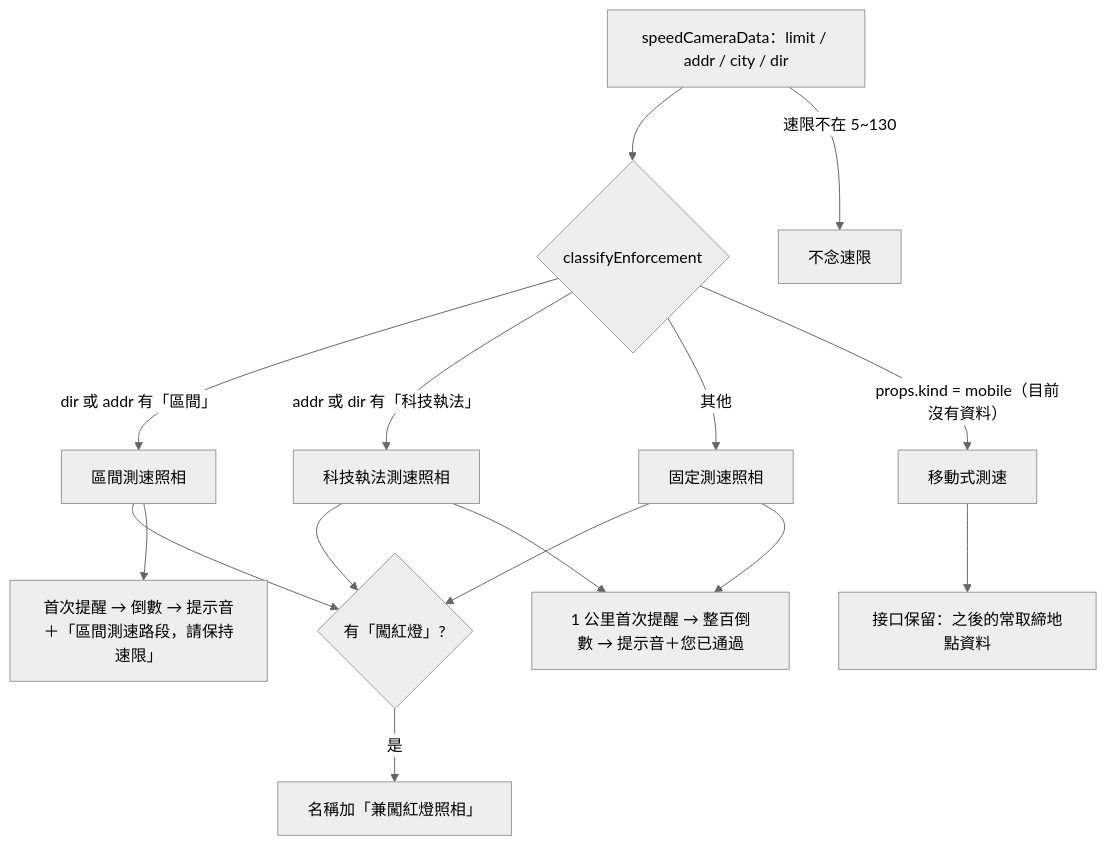
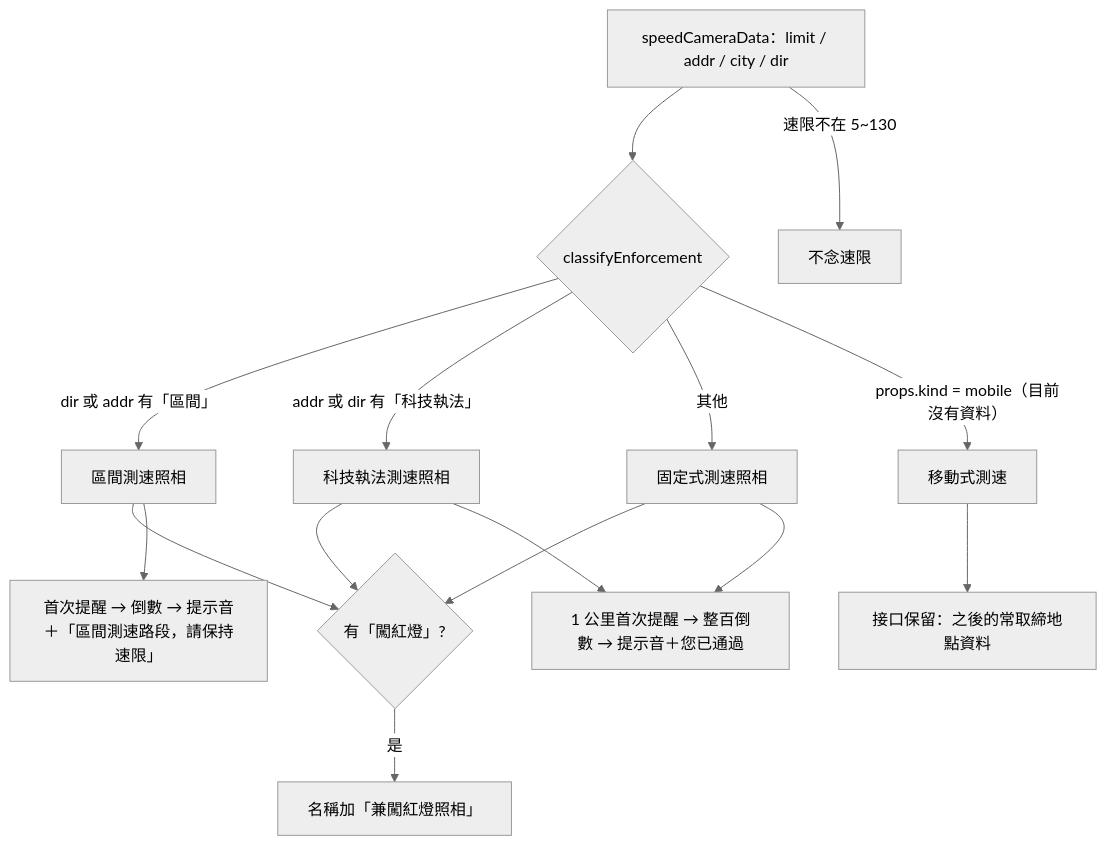
One commit to liug1217/Smart-Nav-Map changed the fifth of 5 diagrams in docs/voice-3.0.md. Above: the diagram before and after it, drawn with Mermaid (neutral theme). The commit also changed other lines of this file and 4 other files, not shown here.

Commit message:
feat: 測速語句照規格改成「前方1公里後有固定式測速照相」；搜尋結果 logo 改用地圖同一張圖示(圓角白底＋細灰框)；搜尋框點開後位置大小陰影跟沒點時一樣；地點卡片導航/寫留言/回報改 AI 藍，導航用正向箭頭、路線換路線圖示；路線選擇的綠色改藍色

````diff
--- a/docs/voice-3.0.md
+++ b/docs/voice-3.0.md
@@ -230,15 +230,15 @@
 ```mermaid
 flowchart TD
     DATA[speedCameraData：limit / addr / city / dir] --> TYPE{classifyEnforcement}
     TYPE -->|dir 或 addr 有「區間」| SEC[區間測速照相]
     TYPE -->|addr 或 dir 有「科技執法」| TECH[科技執法測速照相]
-    TYPE -->|其他| FIX[固定測速照相]
+    TYPE -->|其他| FIX[固定式測速照相]
     TYPE -->|props.kind = mobile（目前沒有資料）| MOB[移動式測速]
     SEC & TECH & FIX --> RL{有「闖紅燈」?}
     RL -- 是 --> RLX[名稱加「兼闖紅燈照相」]
     FIX --> FR[1 公里首次提醒 → 整百倒數 → 提示音＋您已通過]
     TECH --> FR
     SEC --> SR[首次提醒 → 倒數 → 提示音＋「區間測速路段，請保持速限」]
     MOB --> MR[接口保留：之後的常取締地點資料]
     DATA -->|速限不在 5~130| NOLIM[不念速限]
 ```
````
